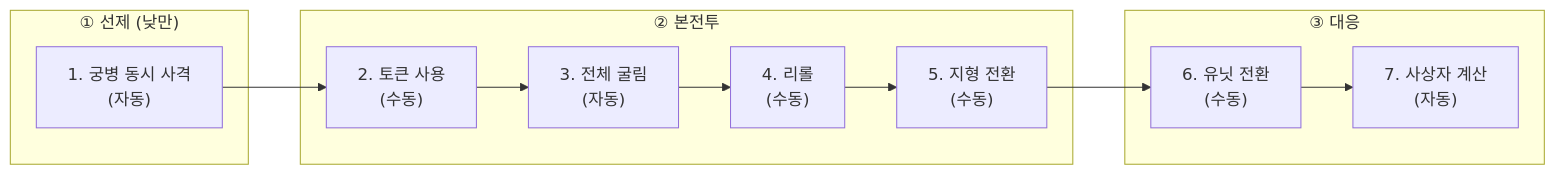
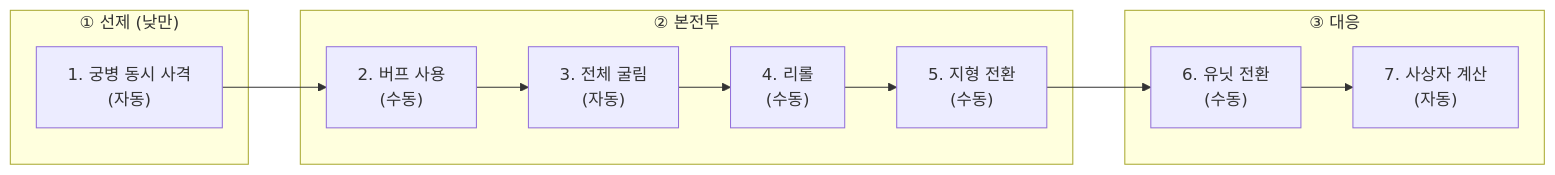
Before and after one commit to roam1215-beep/Chronicle-wiki: the diagram in 02_전투/구조/전투구조.md, drawn with Mermaid. The commit also changed other lines of this file and 2 other files, not shown here.

````diff
--- a/02_전투/구조/전투구조.md
+++ b/02_전투/구조/전투구조.md
@@ -132,14 +132,14 @@
 ```mermaid
 flowchart LR
     subgraph "① 선제 (낮만)"
         S1["1. 궁병 동시 사격\n(자동)"]
     end
     subgraph "② 본전투"
-        S2["2. 토큰 사용\n(수동)"] --> S3["3. 전체 굴림\n(자동)"] --> S4["4. 리롤\n(수동)"] --> S5["5. 지형 전환\n(수동)"]
+        S2["2. 버프 사용\n(수동)"] --> S3["3. 전체 굴림\n(자동)"] --> S4["4. 리롤\n(수동)"] --> S5["5. 지형 전환\n(수동)"]
     end
     subgraph "③ 대응"
         S6["6. 유닛 전환\n(수동)"] --> S7["7. 사상자 계산\n(자동)"]
     end
     S1 --> S2
     S5 --> S6
 ```
````
